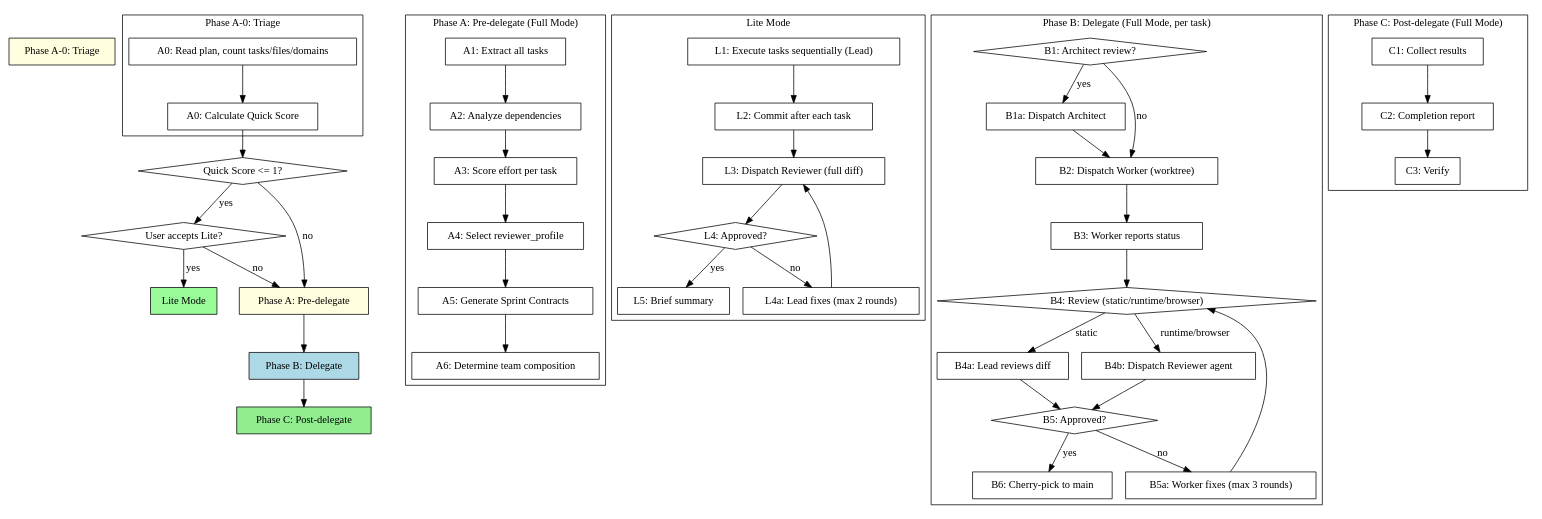
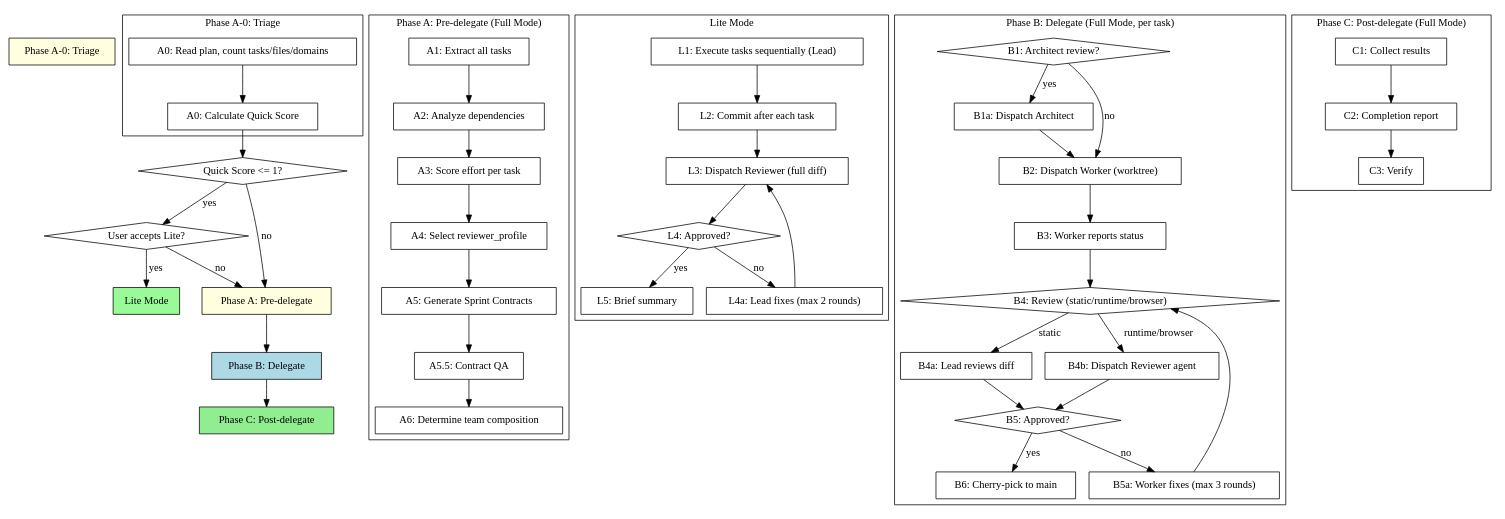
Before and after one commit to rat-siem/team-driven-development: the second of 2 diagrams in skills/team-driven-development/SKILL.md, drawn with Graphviz. The commit also changed other lines of this file and 9 other files, not shown here.

Commit message:
feat: add Sprint Contract QA gate (Phase A-5.5)

```diff
--- a/skills/team-driven-development/SKILL.md
+++ b/skills/team-driven-development/SKILL.md
@@ -137,7 +137,10 @@
         "A2: Analyze dependencies" -> "A3: Score effort per task";
         "A3: Score effort per task" -> "A4: Select reviewer_profile";
         "A4: Select reviewer_profile" -> "A5: Generate Sprint Contracts";
-        "A5: Generate Sprint Contracts" -> "A6: Determine team composition";
+        "A5.5: Contract QA" [shape=box];
+
+        "A5: Generate Sprint Contracts" -> "A5.5: Contract QA";
+        "A5.5: Contract QA" -> "A6: Determine team composition";
     }
 
     subgraph cluster_lite {
```
